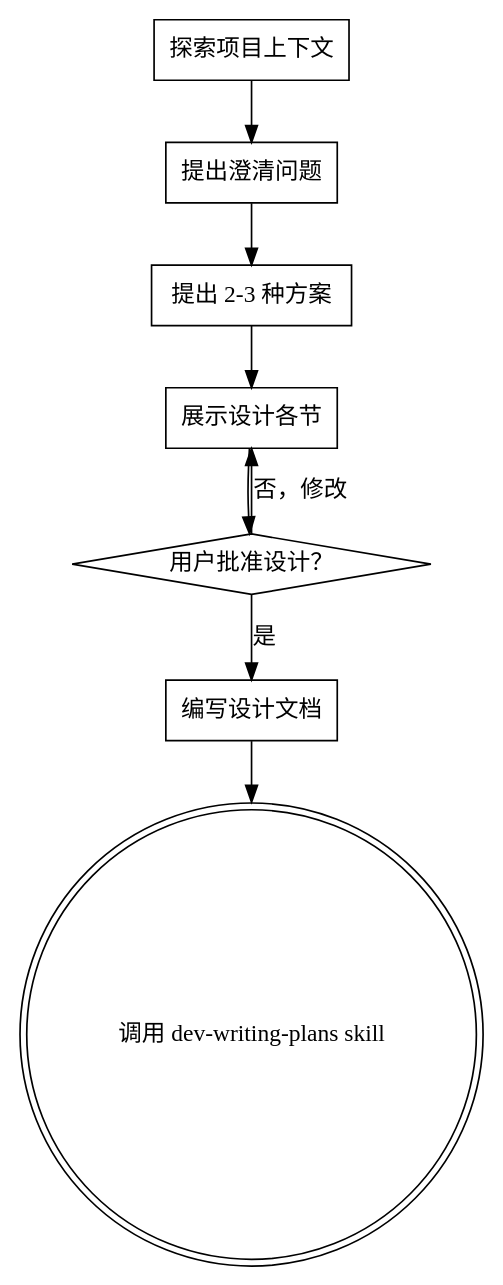
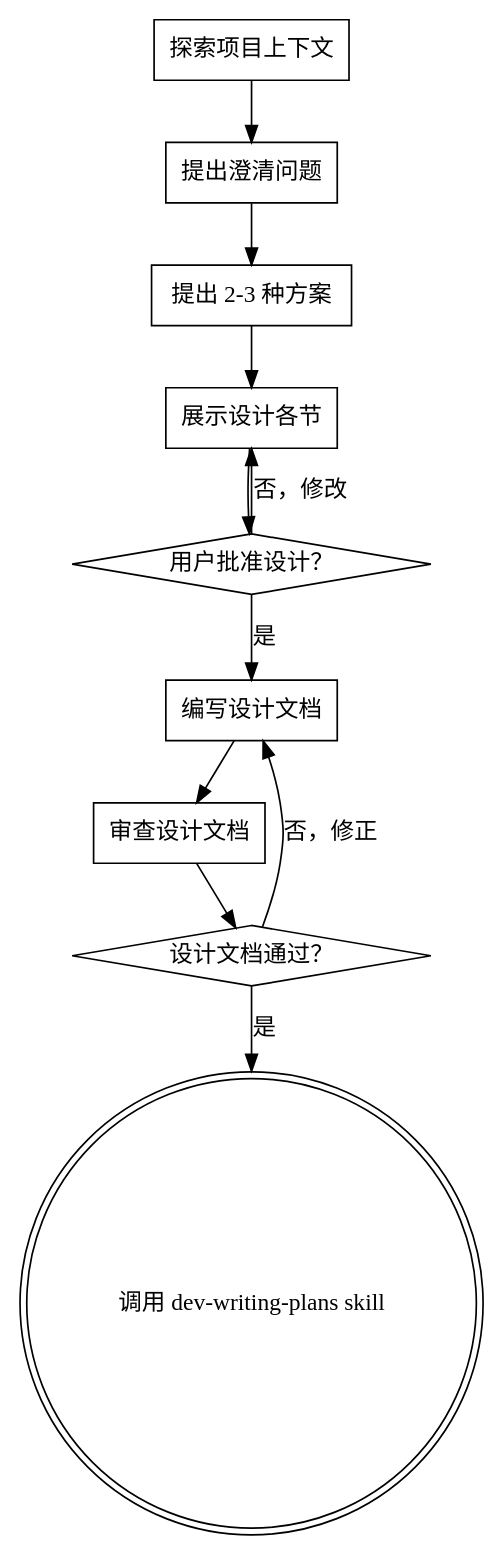
One commit to moyueheng/coding-everything changed the diagram in kimi/skills/dev-brainstorming/SKILL.md. Above: the diagram before and after it, drawn with Graphviz. The commit also changed other lines of this file and 5 other files, not shown here.

````diff
--- a/kimi/skills/dev-brainstorming/SKILL.md
+++ b/kimi/skills/dev-brainstorming/SKILL.md
@@ -35,19 +36,24 @@
 ```dot
 digraph brainstorming {
     "探索项目上下文" [shape=box];
     "提出澄清问题" [shape=box];
     "提出 2-3 种方案" [shape=box];
     "展示设计各节" [shape=box];
     "用户批准设计？" [shape=diamond];
     "编写设计文档" [shape=box];
+    "审查设计文档" [shape=box];
+    "设计文档通过？" [shape=diamond];
     "调用 dev-writing-plans skill" [shape=doublecircle];
 
     "探索项目上下文" -> "提出澄清问题";
     "提出澄清问题" -> "提出 2-3 种方案";
     "提出 2-3 种方案" -> "展示设计各节";
     "展示设计各节" -> "用户批准设计？";
     "用户批准设计？" -> "展示设计各节" [label="否，修改"];
     "用户批准设计？" -> "编写设计文档" [label="是"];
-    "编写设计文档" -> "调用 dev-writing-plans skill";
+    "编写设计文档" -> "审查设计文档";
+    "审查设计文档" -> "设计文档通过？";
+    "设计文档通过？" -> "编写设计文档" [label="否，修正"];
+    "设计文档通过？" -> "调用 dev-writing-plans skill" [label="是"];
 }
 ```
````
